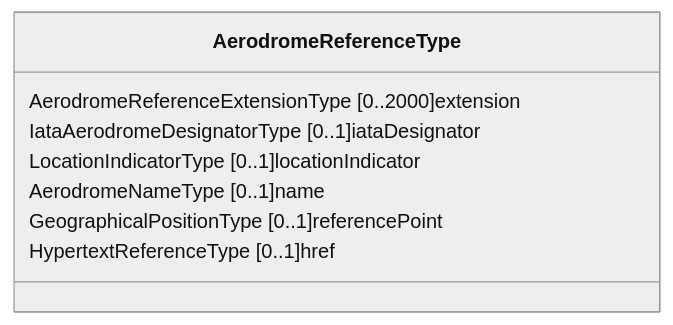
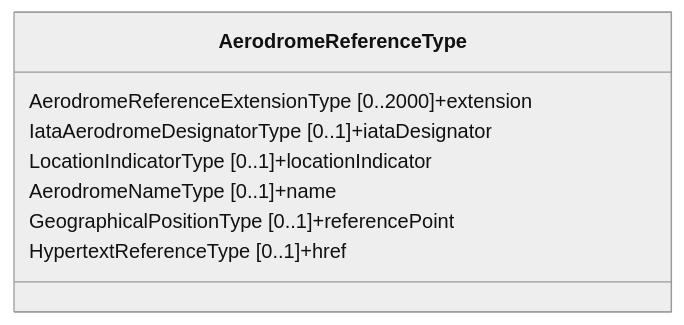
One commit to du-lapin/test_docsify changed the third of 3 diagrams in docs/fixm/FIXM_UML_in_mermaid.md. Above: the diagram before and after it, drawn with Mermaid (neutral theme). The commit also changed other lines of this file, not shown here.

````diff
--- a/docs/fixm/FIXM_UML_in_mermaid.md
+++ b/docs/fixm/FIXM_UML_in_mermaid.md
@@ -24,10 +24,10 @@
 ```mermaid
 classDiagram
 class AerodromeReferenceType
-AerodromeReferenceType : AerodromeReferenceExtensionType [0..2000]extension
-AerodromeReferenceType : IataAerodromeDesignatorType [0..1]iataDesignator
-AerodromeReferenceType : LocationIndicatorType [0..1]locationIndicator
-AerodromeReferenceType : AerodromeNameType [0..1]name
-AerodromeReferenceType : GeographicalPositionType [0..1]referencePoint
-AerodromeReferenceType : HypertextReferenceType [0..1]href
+AerodromeReferenceType : AerodromeReferenceExtensionType [0..2000]+extension
+AerodromeReferenceType : IataAerodromeDesignatorType [0..1]+iataDesignator
+AerodromeReferenceType : LocationIndicatorType [0..1]+locationIndicator
+AerodromeReferenceType : AerodromeNameType [0..1]+name
+AerodromeReferenceType : GeographicalPositionType [0..1]+referencePoint
+AerodromeReferenceType : HypertextReferenceType [0..1]+href
 ```
````
